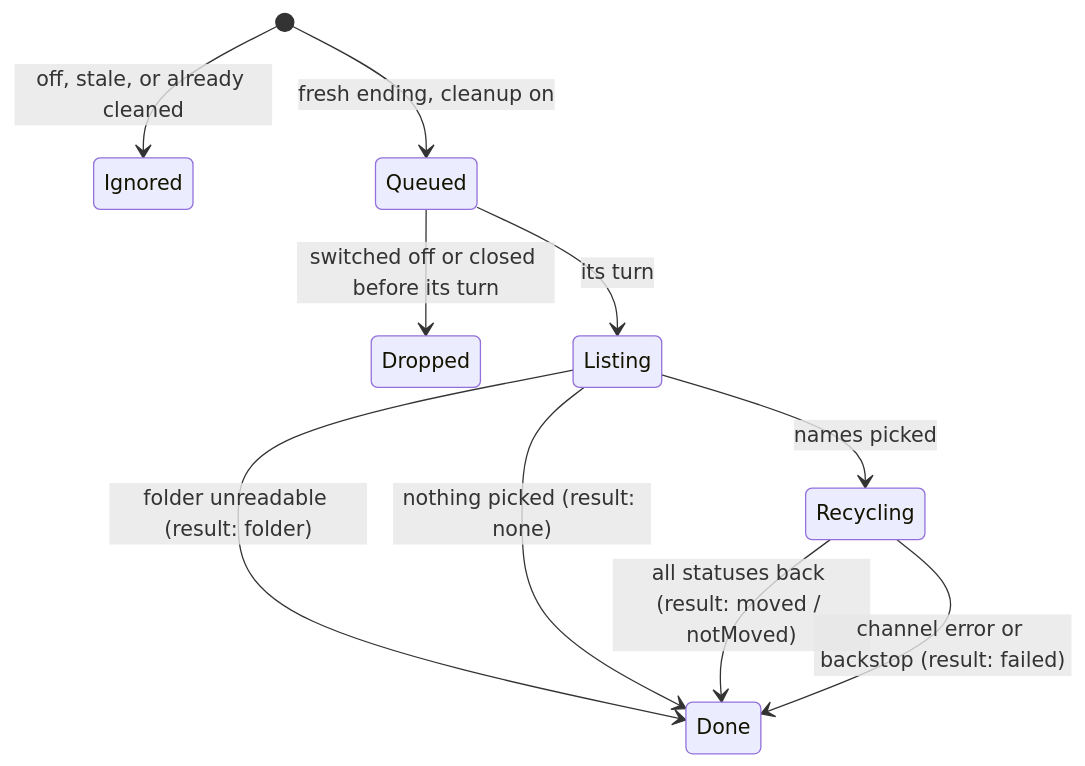
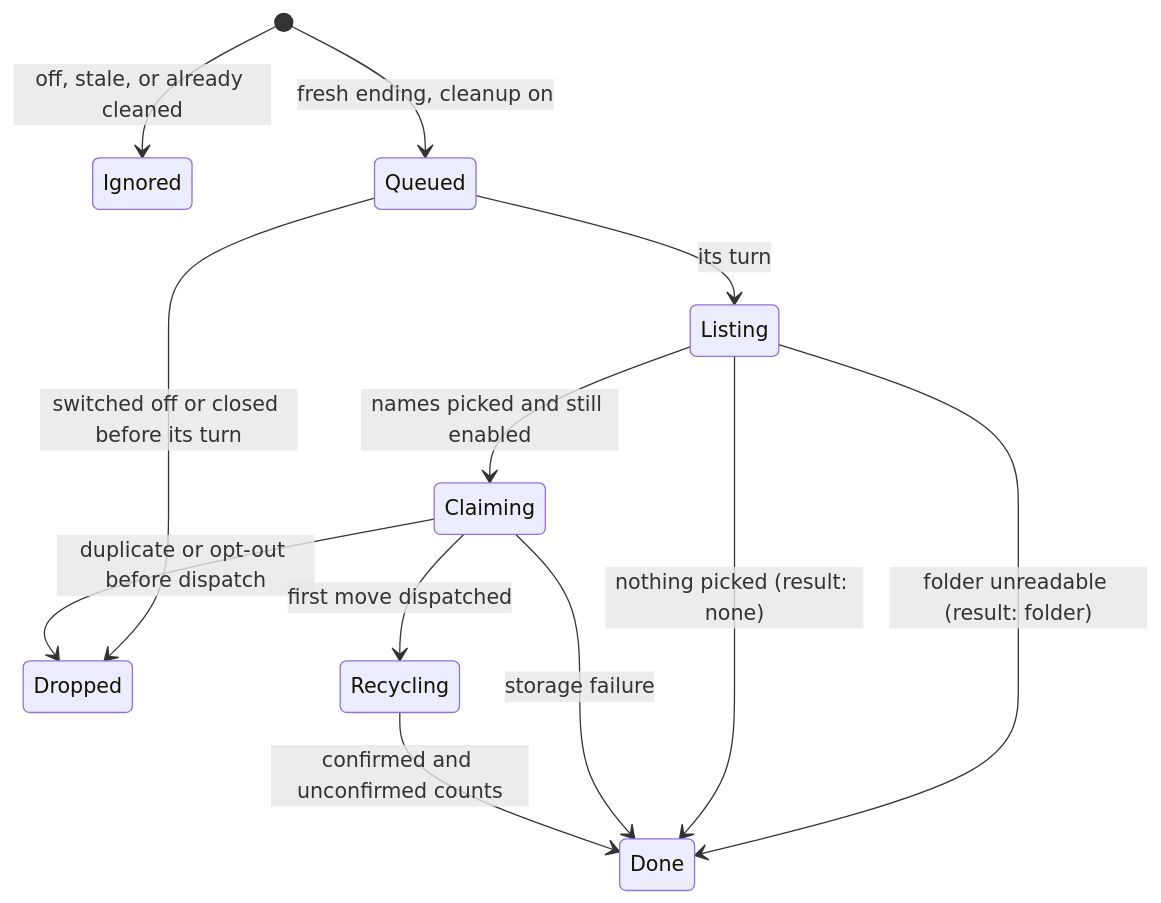
The second of 3 diagrams in openspec/changes/add-screenshot-cleanup/design.md (sh1ny/blackgrid), drawn with Mermaid before and after one commit. The commit also changed other lines of this file and 6 other files, not shown here.

````diff
--- a/openspec/changes/add-screenshot-cleanup/design.md
+++ b/openspec/changes/add-screenshot-cleanup/design.md
@@ -137,12 +142,14 @@
 ```mermaid
 stateDiagram-v2
   [*] --> Ignored: off, stale, or already cleaned
   [*] --> Queued: fresh ending, cleanup on
   Queued --> Dropped: switched off or closed before its turn
   Queued --> Listing: its turn
   Listing --> Done: folder unreadable (result: folder)
   Listing --> Done: nothing picked (result: none)
-  Listing --> Recycling: names picked
-  Recycling --> Done: all statuses back (result: moved / notMoved)
-  Recycling --> Done: channel error or backstop (result: failed)
+  Listing --> Claiming: names picked and still enabled
+  Claiming --> Dropped: duplicate or opt-out before dispatch
+  Claiming --> Done: storage failure
+  Claiming --> Recycling: first move dispatched
+  Recycling --> Done: confirmed and unconfirmed counts
 ```
````
